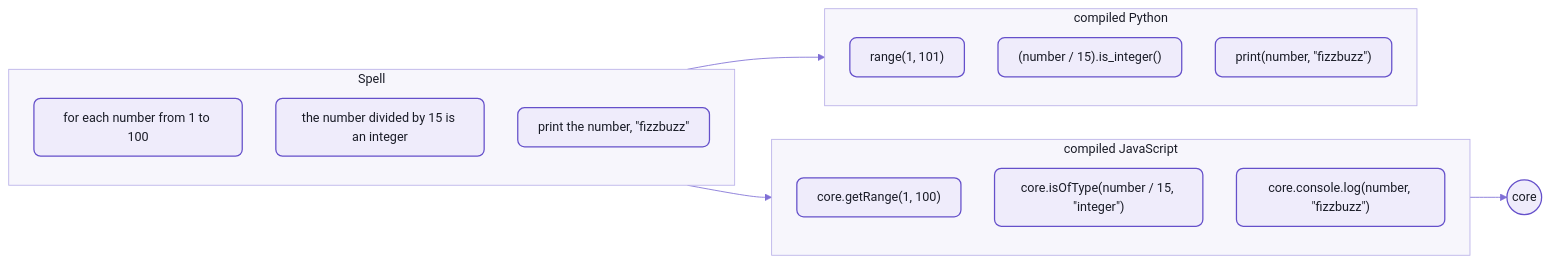
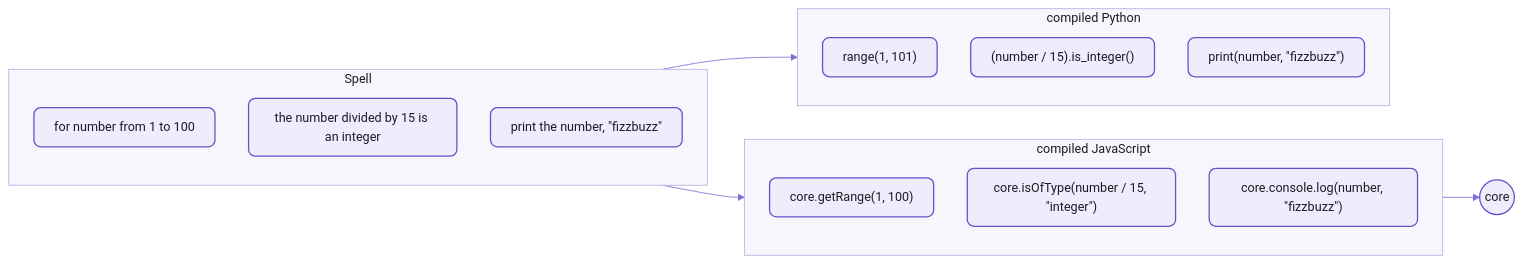
Before and after one commit to spell-app/spell: the first of 2 diagrams in parser/README-core.md, drawn with Mermaid. The commit also changed 23 other files, not shown here.

````diff
--- a/parser/README-core.md
+++ b/parser/README-core.md
@@ -115,27 +115,27 @@
 ```mermaid
 %%{init: {"theme":"base","themeVariables":{"fontFamily":"-apple-system, BlinkMacSystemFont, Segoe UI, Helvetica, Arial, sans-serif","fontSize":"15px","primaryColor":"#EFECFB","primaryBorderColor":"#6550CA","primaryTextColor":"#1A1C27","secondaryColor":"#F4F1E9","tertiaryColor":"#F7F6FC","lineColor":"#7F6FD6","textColor":"#7F6FD6","clusterBkg":"#F7F6FC","clusterBorder":"#B9B0E8","titleColor":"#1A1C27","edgeLabelBackground":"#F7F6FC","actorBkg":"#EFECFB","actorBorder":"#6550CA","actorTextColor":"#1A1C27","actorLineColor":"#9C90DE","signalColor":"#7F6FD6","signalTextColor":"#7F6FD6","labelBoxBkgColor":"#EFECFB","labelBoxBorderColor":"#6550CA","labelTextColor":"#1A1C27","loopTextColor":"#7F6FD6","noteBkgColor":"#F1E7D4","noteBorderColor":"#C9B48A","noteTextColor":"#1A1C27","activationBkgColor":"#DCD6F7","activationBorderColor":"#6550CA","sequenceNumberColor":"#FFFFFF"},"flowchart":{"curve":"basis","padding":12,"nodeSpacing":40,"rankSpacing":44}}}%%
 flowchart LR
   subgraph spell ["Spell"]
     direction TB
-    s1["for each number from 1 to 100"]
+    s1["for number from 1 to 100"]
     s2["the number divided by 15 is an integer"]
     s3["print the number, #quot;fizzbuzz#quot;"]
   end
   subgraph js ["compiled JavaScript"]
     direction TB
     j1["core.getRange(1, 100)"]
     j2["core.isOfType(number / 15, #quot;integer#quot;)"]
     j3["core.console.log(number, #quot;fizzbuzz#quot;)"]
   end
   subgraph py ["compiled Python"]
     direction TB
     p1["range(1, 101)"]
     p2["(number / 15).is_integer()"]
     p3["print(number, #quot;fizzbuzz#quot;)"]
   end
   spell --> js
   spell --> py
   js --> core(("core"))
   %% the Spell look:  yarn mermaid:pretty
   classDef default fill:#EFECFB,stroke:#6550CA,stroke-width:1.5px,color:#1A1C27,rx:8px,ry:8px
 ```
````
